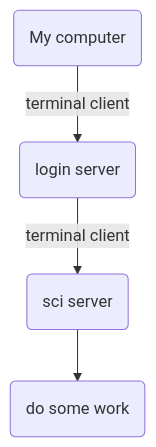
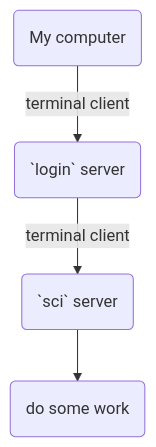
One commit to cedadev/jasmin-workshop changed the first of 2 diagrams in exercises/ex01/README.md. Above: the diagram before and after it, drawn with Mermaid. The commit also changed other lines of this file and 6 other files, not shown here.

````diff
--- a/exercises/ex01/README.md
+++ b/exercises/ex01/README.md
@@ -15,7 +15,7 @@
 ```mermaid
 flowchart TD
    id1(My computer)
-   -- terminal client -->id2(login server)
-   -- terminal client -->id3(sci server)
+   -- terminal client -->id2(`login` server)
+   -- terminal client -->id3(`sci` server)
    -->id4(do some work)
 ```
````
